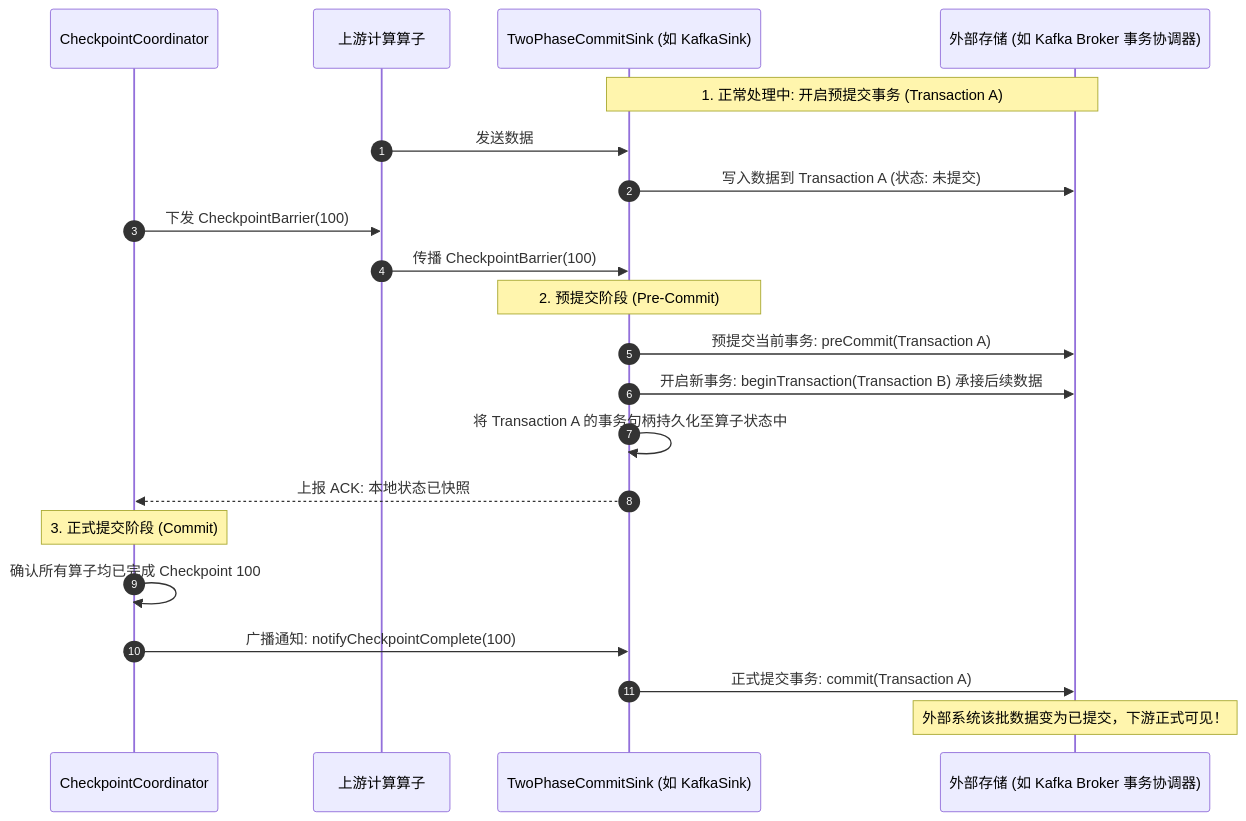
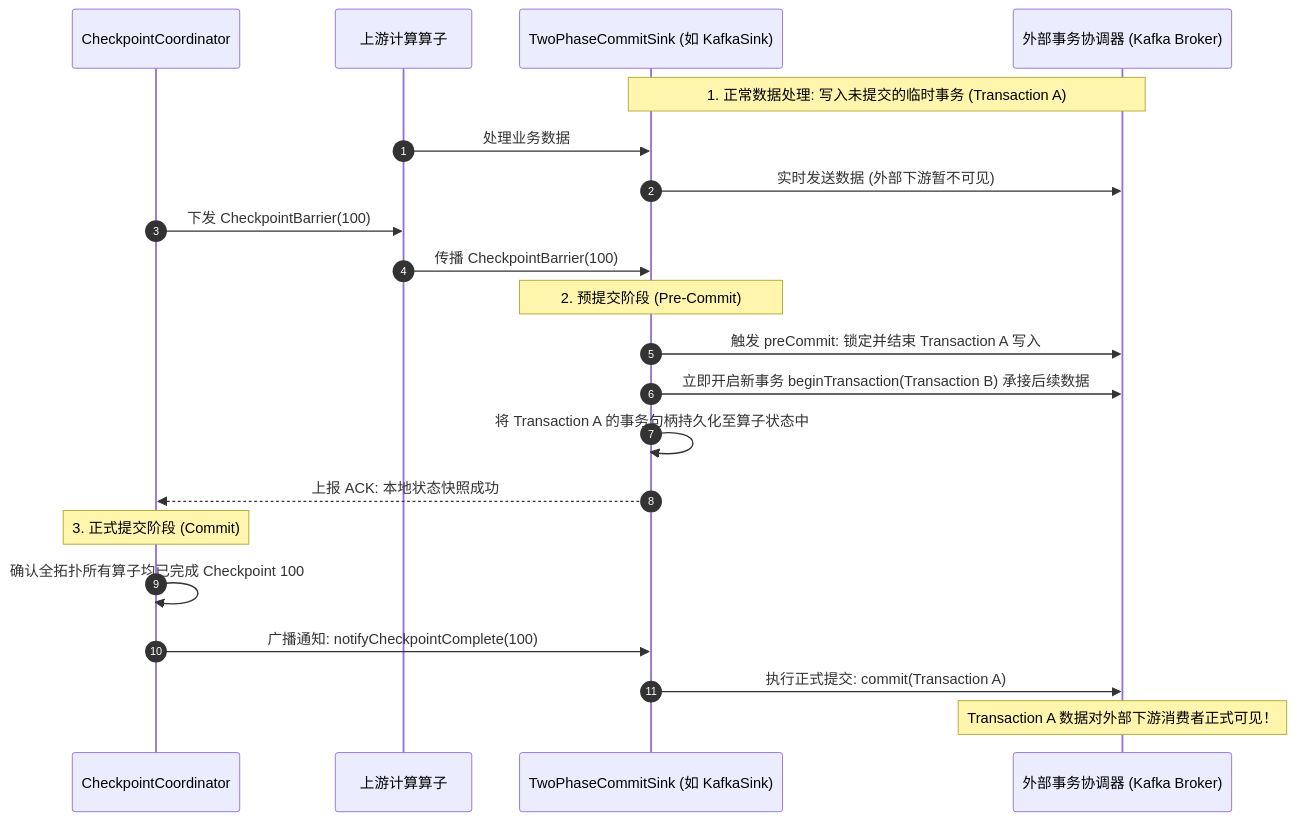
The fourth of 8 diagrams in 01-bigdata/01-flink/02-flink-state-checkpoint.md (tieke1121/tech-interview-knowledge-base), drawn with Mermaid before and after one commit. The commit also changed other lines of this file and 3 other files, not shown here.

First line of the commit message:
refactor: upgrade template & docs for technical director/architect interview

````diff
--- a/01-bigdata/01-flink/02-flink-state-checkpoint.md
+++ b/01-bigdata/01-flink/02-flink-state-checkpoint.md
@@ -175,27 +153,27 @@
 ```mermaid
 sequenceDiagram
     autonumber
     participant JM as CheckpointCoordinator
     participant Op as 上游计算算子
     participant Sink as TwoPhaseCommitSink (如 KafkaSink)
-    participant Ext as 外部存储 (如 Kafka Broker 事务协调器)
+    participant Ext as 外部事务协调器 (Kafka Broker)
 
-    Note over Sink,Ext: 1. 正常处理中: 开启预提交事务 (Transaction A)
-    Op->>Sink: 发送数据
-    Sink->>Ext: 写入数据到 Transaction A (状态: 未提交)
+    Note over Sink,Ext: 1. 正常数据处理: 写入未提交的临时事务 (Transaction A)
+    Op->>Sink: 处理业务数据
+    Sink->>Ext: 实时发送数据 (外部下游暂不可见)
 
     JM->>Op: 下发 CheckpointBarrier(100)
     Op->>Sink: 传播 CheckpointBarrier(100)
 
     Note over Sink: 2. 预提交阶段 (Pre-Commit)
-    Sink->>Ext: 预提交当前事务: preCommit(Transaction A)
-    Sink->>Ext: 开启新事务: beginTransaction(Transaction B) 承接后续数据
+    Sink->>Ext: 触发 preCommit: 锁定并结束 Transaction A 写入
+    Sink->>Ext: 立即开启新事务 beginTransaction(Transaction B) 承接后续数据
     Sink->>Sink: 将 Transaction A 的事务句柄持久化至算子状态中
-    Sink-->>JM: 上报 ACK: 本地状态已快照
+    Sink-->>JM: 上报 ACK: 本地状态快照成功
 
     Note over JM: 3. 正式提交阶段 (Commit)
-    JM->>JM: 确认所有算子均已完成 Checkpoint 100
+    JM->>JM: 确认全拓扑所有算子均已完成 Checkpoint 100
     JM->>Sink: 广播通知: notifyCheckpointComplete(100)
-    Sink->>Ext: 正式提交事务: commit(Transaction A)
-    Note over Ext: 外部系统该批数据变为已提交，下游正式可见！
+    Sink->>Ext: 执行正式提交: commit(Transaction A)
+    Note over Ext: Transaction A 数据对外部下游消费者正式可见！
 ```
````
